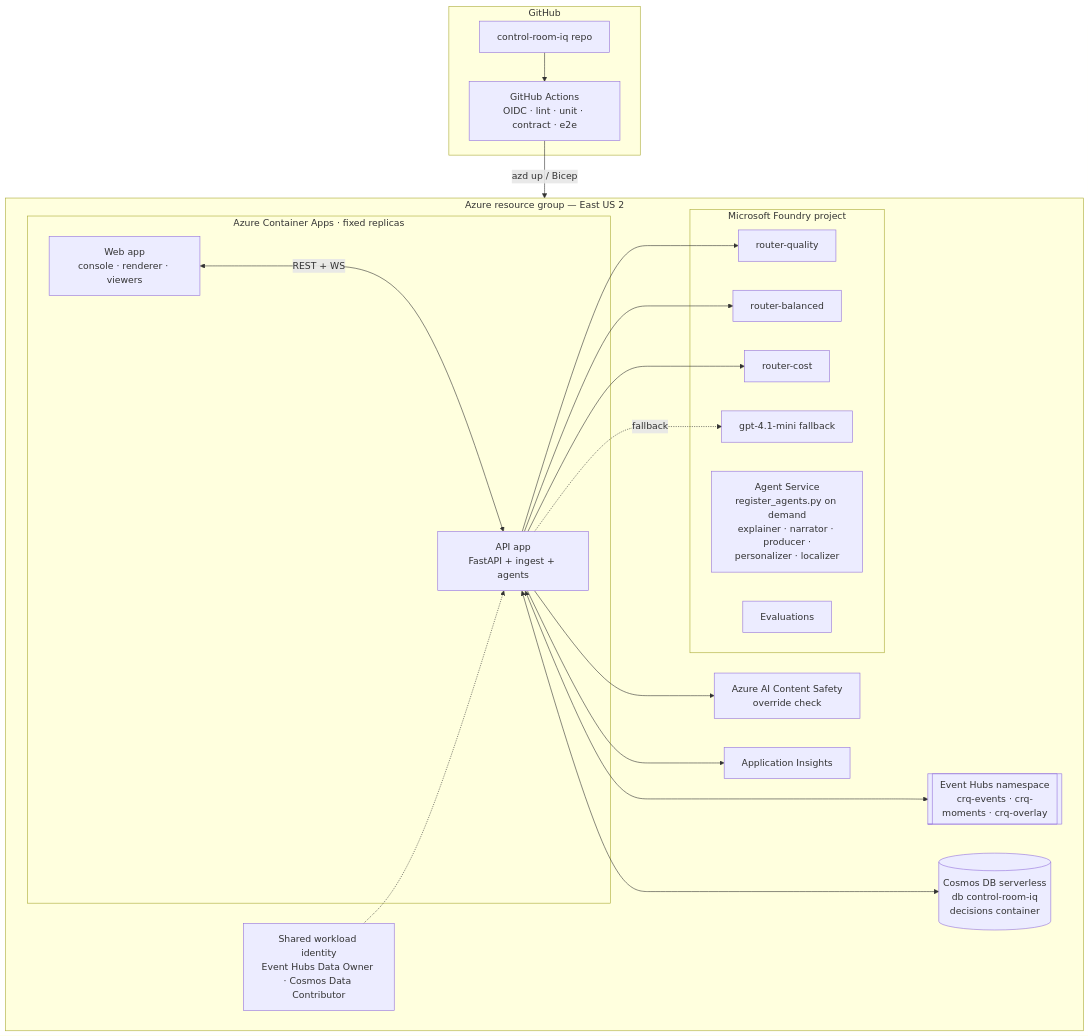
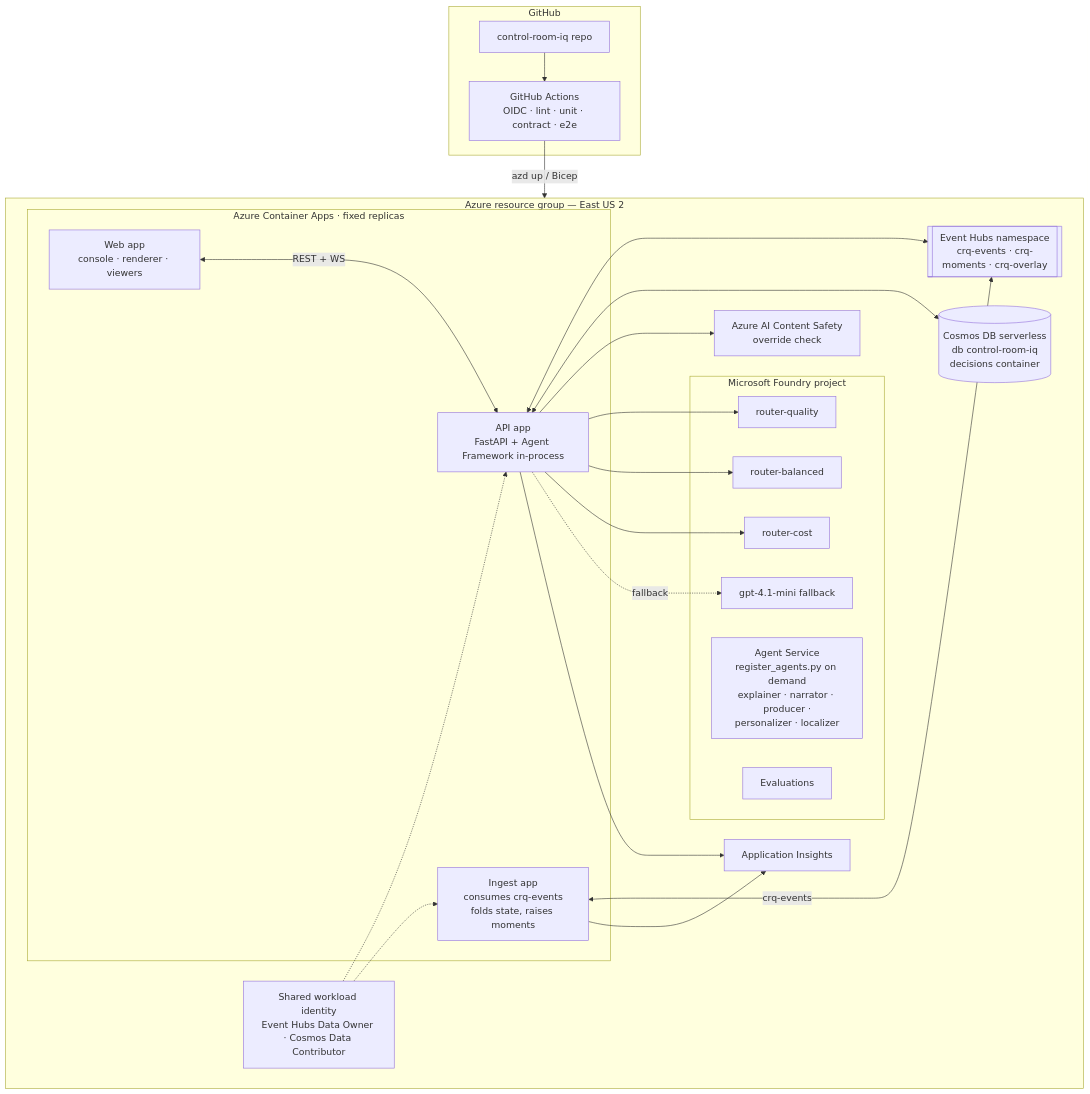
One commit to SwamiBB/control-room-iq changed the eighth of 8 diagrams in docs/ARCHITECTURE.md. Above: the diagram before and after it, drawn with Mermaid. The commit also changed other lines of this file, not shown here.

First line of the commit message:
Apply 10 human-audit findings to ARCHITECTURE.md (Pass A)

````diff
--- a/docs/ARCHITECTURE.md
+++ b/docs/ARCHITECTURE.md
@@ -388,36 +383,40 @@
 ```mermaid
 flowchart TB
   subgraph GH[GitHub]
     REPO[control-room-iq repo] --> GHA[GitHub Actions<br/>OIDC · lint · unit · contract · e2e]
   end
   GHA -->|azd up / Bicep| RG
 
   subgraph RG[Azure resource group — East US 2]
     subgraph ACA[Azure Container Apps · fixed replicas]
-      APIAPP[API app<br/>FastAPI + ingest + agents]
+      APIAPP[API app<br/>FastAPI + Agent Framework in-process]
+      INGESTAPP[Ingest app<br/>consumes crq-events<br/>folds state, raises moments]
       WEBAPP[Web app<br/>console · renderer · viewers]
     end
     EHN[[Event Hubs namespace<br/>crq-events · crq-moments · crq-overlay]]
     COS[(Cosmos DB serverless<br/>db control-room-iq<br/>decisions container)]
     CS[Azure AI Content Safety<br/>override check]
     AI[Application Insights]
     subgraph FDY[Microsoft Foundry project]
       R1[router-quality]
       R2[router-balanced]
       R3[router-cost]
       FB[gpt-4.1-mini fallback]
       AS[Agent Service<br/>register_agents.py on demand<br/>explainer · narrator · producer ·<br/>personalizer · localizer]
       EV[Evaluations]
     end
     MI[Shared workload identity<br/>Event Hubs Data Owner · Cosmos Data Contributor]
   end
 
   APIAPP <---> EHN
   APIAPP <---> COS
   APIAPP --> CS
   APIAPP --> R1 & R2 & R3
   APIAPP -.fallback.-> FB
   APIAPP --> AI
+  INGESTAPP <-->|crq-events| EHN
+  INGESTAPP --> AI
   WEBAPP <--->|REST + WS| APIAPP
   MI -.-> APIAPP
+  MI -.-> INGESTAPP
 ```
````
